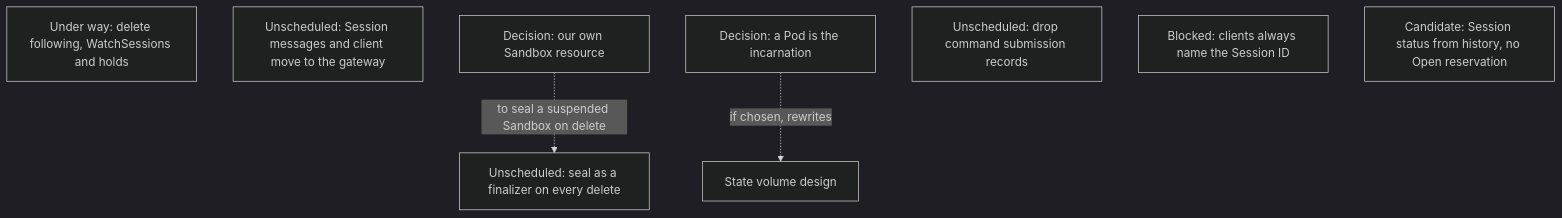
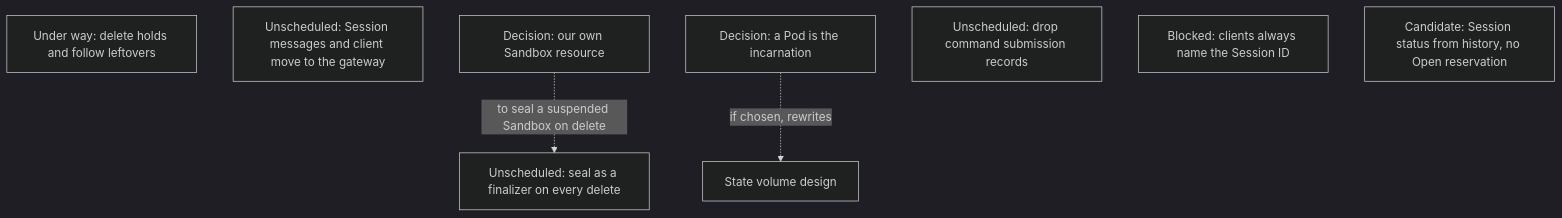
Before and after one commit to agentydragon/ducktape: diagram 12 of 13 in agentplane/plans/task_dag.md, drawn with Mermaid (dark theme). The commit also changed other lines of this file and 38 other files, not shown here.

First line of the commit message:
agentplane: delete FollowSession and WatchSessions (#9998)

````diff
--- a/agentplane/plans/task_dag.md
+++ b/agentplane/plans/task_dag.md
@@ -834,13 +834,13 @@
 ```mermaid
 flowchart TD
-    FOLLOW_PATH_RETIRE[Under way: delete following, WatchSessions and holds]
+    FOLLOW_PATH_RETIRE[Under way: delete holds and follow leftovers]
     GATEWAY_CLIENT_SPLIT[Unscheduled: Session messages and client move to the gateway]
     AGENTPLANE_SANDBOX_RESOURCE[Decision: our own Sandbox resource]
     POD_INCARNATION[Decision: a Pod is the incarnation]
     SEAL_FINALIZER[Unscheduled: seal as a finalizer on every delete]
     COMMAND_RECORDS_RETIRE[Unscheduled: drop command submission records]
     SESSION_ID_MINT_RETIRE[Blocked: clients always name the Session ID]
     LOOKUP_SESSION_RETIRE[Candidate: Session status from history, no Open reservation]
     AGENTPLANE_SANDBOX_RESOURCE -. to seal a suspended Sandbox on delete .-> SEAL_FINALIZER
     POD_INCARNATION -. if chosen, rewrites .-> SESSION_STATE_VOLUME_DESIGN[State volume design]
 ```
````
